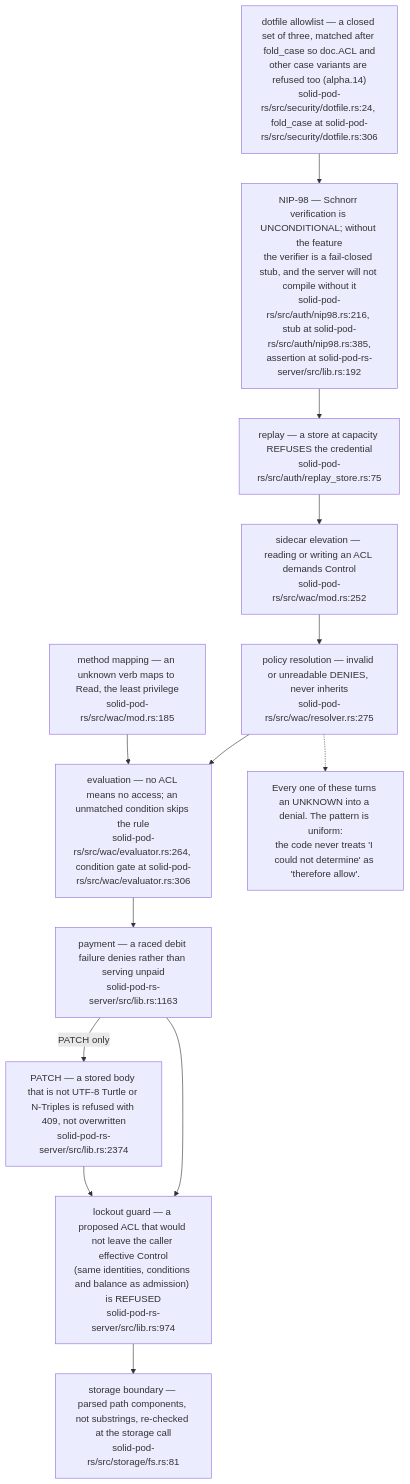
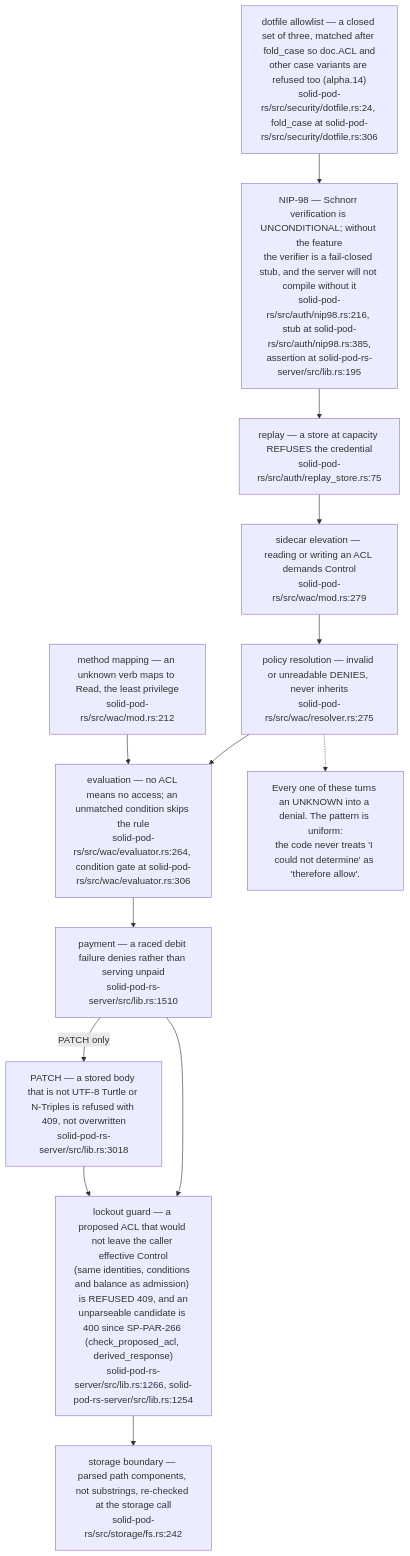
The second of 13 diagrams in docs/diagrams/solid-pod-rs/10-failure-modes-and-invariants.md (DreamLab-AI/VisionFlow), drawn with Mermaid before and after one commit. The commit also changed other lines of this file and 2 other files, not shown here.

First line of the commit message:
docs(diagrams): SP-07, SP-10, SP-15 re-verified at solid-pod-rs a28a748

````diff
--- a/docs/diagrams/solid-pod-rs/10-failure-modes-and-invariants.md
+++ b/docs/diagrams/solid-pod-rs/10-failure-modes-and-invariants.md
@@ -83,21 +90,21 @@
 ```mermaid
 flowchart TD
-    A["storage boundary — parsed path components, not substrings, re-checked at the storage call<br/>solid-pod-rs/src/storage/fs.rs:81"]
+    A["storage boundary — parsed path components, not substrings, re-checked at the storage call<br/>solid-pod-rs/src/storage/fs.rs:242"]
     B["dotfile allowlist — a closed set of three, matched after fold_case so doc.ACL and<br/>other case variants are refused too (alpha.14)<br/>solid-pod-rs/src/security/dotfile.rs:24, fold_case at solid-pod-rs/src/security/dotfile.rs:306"]
-    C["NIP-98 — Schnorr verification is UNCONDITIONAL; without the feature<br/>the verifier is a fail-closed stub, and the server will not compile without it<br/>solid-pod-rs/src/auth/nip98.rs:216, stub at solid-pod-rs/src/auth/nip98.rs:385,<br/>assertion at solid-pod-rs-server/src/lib.rs:192"]
+    C["NIP-98 — Schnorr verification is UNCONDITIONAL; without the feature<br/>the verifier is a fail-closed stub, and the server will not compile without it<br/>solid-pod-rs/src/auth/nip98.rs:216, stub at solid-pod-rs/src/auth/nip98.rs:385,<br/>assertion at solid-pod-rs-server/src/lib.rs:195"]
     D["replay — a store at capacity REFUSES the credential<br/>solid-pod-rs/src/auth/replay_store.rs:75"]
     E["policy resolution — invalid or unreadable DENIES, never inherits<br/>solid-pod-rs/src/wac/resolver.rs:275"]
     F["evaluation — no ACL means no access; an unmatched condition skips the rule<br/>solid-pod-rs/src/wac/evaluator.rs:264, condition gate at solid-pod-rs/src/wac/evaluator.rs:306"]
-    G["sidecar elevation — reading or writing an ACL demands Control<br/>solid-pod-rs/src/wac/mod.rs:252"]
-    H["lockout guard — a proposed ACL that would not leave the caller effective Control<br/>(same identities, conditions and balance as admission) is REFUSED<br/>solid-pod-rs-server/src/lib.rs:974"]
-    I["payment — a raced debit failure denies rather than serving unpaid<br/>solid-pod-rs-server/src/lib.rs:1163"]
-    J["PATCH — a stored body that is not UTF-8 Turtle or N-Triples is refused with 409, not overwritten<br/>solid-pod-rs-server/src/lib.rs:2374"]
-    K["method mapping — an unknown verb maps to Read, the least privilege<br/>solid-pod-rs/src/wac/mod.rs:185"]
+    G["sidecar elevation — reading or writing an ACL demands Control<br/>solid-pod-rs/src/wac/mod.rs:279"]
+    H["lockout guard — a proposed ACL that would not leave the caller effective Control<br/>(same identities, conditions and balance as admission) is REFUSED 409, and an<br/>unparseable candidate is 400 since SP-PAR-266 (check_proposed_acl, derived_response)<br/>solid-pod-rs-server/src/lib.rs:1266, solid-pod-rs-server/src/lib.rs:1254"]
+    I["payment — a raced debit failure denies rather than serving unpaid<br/>solid-pod-rs-server/src/lib.rs:1510"]
+    J["PATCH — a stored body that is not UTF-8 Turtle or N-Triples is refused with 409, not overwritten<br/>solid-pod-rs-server/src/lib.rs:3018"]
+    K["method mapping — an unknown verb maps to Read, the least privilege<br/>solid-pod-rs/src/wac/mod.rs:212"]
 
     B --> C --> D --> G --> E --> F --> I --> H --> A
     I -->|PATCH only| J --> H
     K --> F
 
     N["Every one of these turns an UNKNOWN into a denial. The pattern is uniform:<br/>the code never treats 'I could not determine' as 'therefore allow'."]
     E -.-> N
 ```
````
